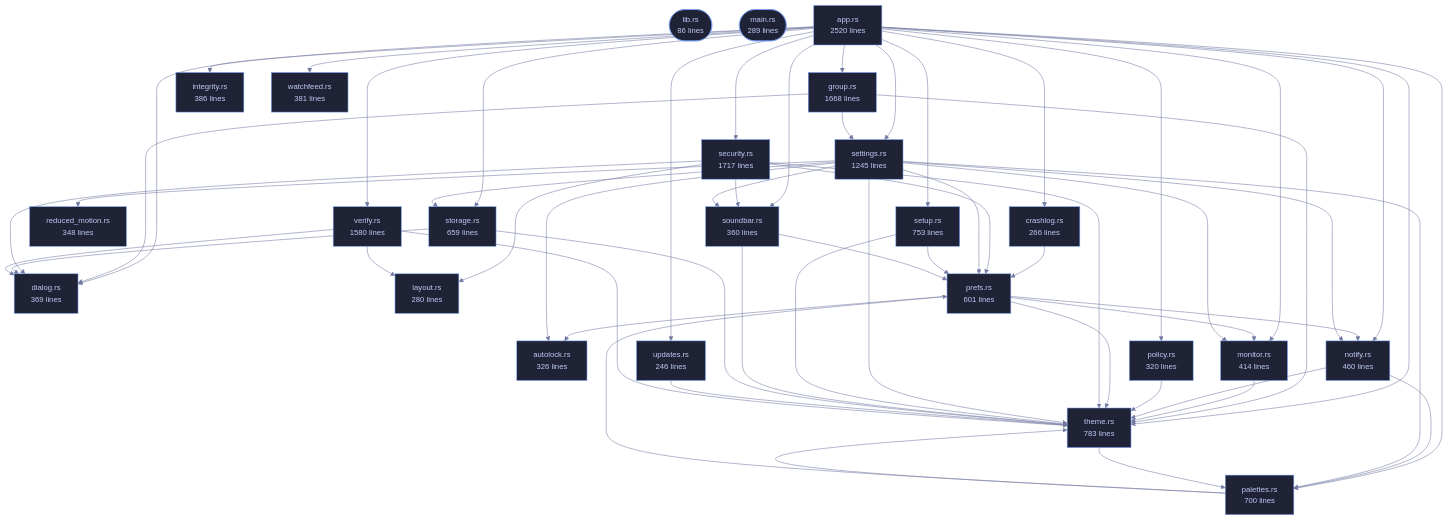
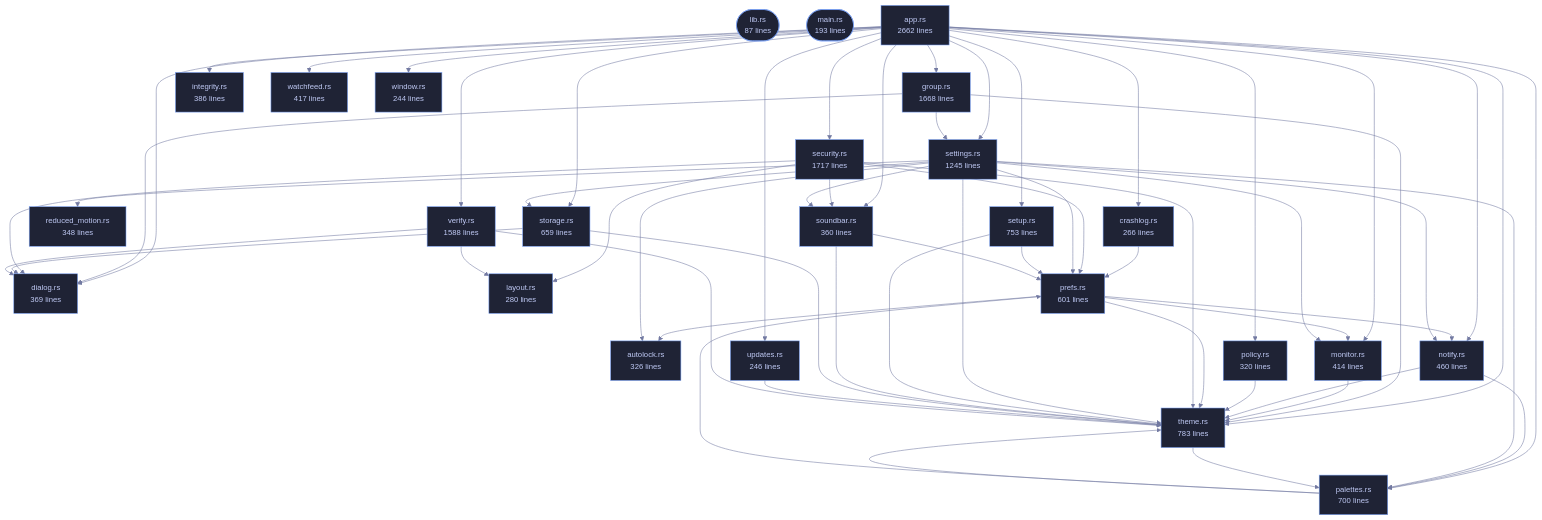
Before and after one commit to tilas01/veilvoice: the diagram in wiki/Crate-veilvoice-gui.md, drawn with Mermaid. The commit also changed other lines of this file and 118 other files, not shown here.

````diff
--- a/wiki/Crate-veilvoice-gui.md
+++ b/wiki/Crate-veilvoice-gui.md
@@ -81,9 +81,9 @@
 ```mermaid
 %%{init: {"theme":"base","themeVariables":{"background":"#1a1b26","primaryColor":"#1f2335","primaryTextColor":"#c0caf5","primaryBorderColor":"#7aa2f7","secondaryColor":"#16161e","tertiaryColor":"#16161e","lineColor":"#737aa2","textColor":"#c0caf5","mainBkg":"#1f2335","nodeBorder":"#7aa2f7","clusterBkg":"#16161e","clusterBorder":"#2f3549","fontFamily":"ui-monospace, SFMono-Regular, Consolas, monospace","fontSize":"14px"}}}%%
 flowchart TD
-    n_lib(["lib.rs<br/>86 lines"])
-    n_main(["main.rs<br/>289 lines"])
-    n_app["app.rs<br/>2520 lines"]
+    n_lib(["lib.rs<br/>87 lines"])
+    n_main(["main.rs<br/>193 lines"])
+    n_app["app.rs<br/>2662 lines"]
     n_autolock["autolock.rs<br/>326 lines"]
     n_crashlog["crashlog.rs<br/>266 lines"]
     n_dialog["dialog.rs<br/>369 lines"]
@@ -103,8 +103,9 @@
     n_storage["storage.rs<br/>659 lines"]
     n_theme["theme.rs<br/>783 lines"]
     n_updates["updates.rs<br/>246 lines"]
-    n_verify["verify.rs<br/>1580 lines"]
-    n_watchfeed["watchfeed.rs<br/>381 lines"]
+    n_verify["verify.rs<br/>1588 lines"]
+    n_watchfeed["watchfeed.rs<br/>417 lines"]
+    n_window["window.rs<br/>244 lines"]
     n_app --> n_crashlog
     n_app --> n_dialog
     n_app --> n_group
@@ -122,6 +123,7 @@
     n_app --> n_updates
     n_app --> n_verify
     n_app --> n_watchfeed
+    n_app --> n_window
     n_crashlog --> n_prefs
     n_group --> n_dialog
     n_group --> n_settings
@@ -185,4 +187,5 @@
     click n_updates href "https://github.com/tilas01/veilvoice/blob/main/crates/veilvoice-gui/src/updates.rs" "open the source"
     click n_verify href "https://github.com/tilas01/veilvoice/blob/main/crates/veilvoice-gui/src/verify.rs" "open the source"
     click n_watchfeed href "https://github.com/tilas01/veilvoice/blob/main/crates/veilvoice-gui/src/watchfeed.rs" "open the source"
+    click n_window href "https://github.com/tilas01/veilvoice/blob/main/crates/veilvoice-gui/src/window.rs" "open the source"
 ```
````
